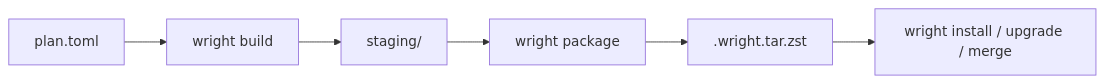
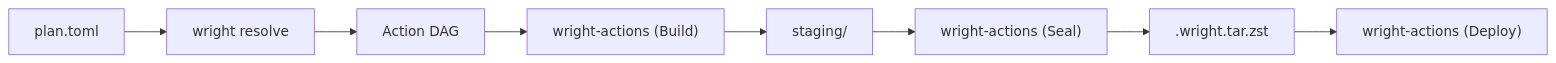
One commit to ming2k/wright changed the diagram in docs/explanation/architecture.md. Above: the diagram before and after it, drawn with Mermaid. The commit also changed other lines of this file and 244 other files, not shown here.

First line of the commit message:
feat(arch): implement Action DAG scheduler and domain-centric storage architecture (ADR-0048)

````diff
--- a/docs/explanation/architecture.md
+++ b/docs/explanation/architecture.md
@@ -18,8 +18,10 @@
 ```mermaid
 flowchart LR
-    Plan["plan.toml"] --> Build["wright build"]
+    Plan["plan.toml"] --> Resolve["wright resolve"]
+    Resolve --> ActionGraph["Action DAG"]
+    ActionGraph --> Build["wright-actions (Build)"]
     Build --> Staging["staging/"]
-    Staging --> Package["wright package"]
-    Package --> Archive[".wright.tar.zst"]
-    Archive --> System["wright install / upgrade / merge"]
+    Staging --> Seal["wright-actions (Seal)"]
+    Seal --> Archive[".wright.tar.zst"]
+    Archive --> Deploy["wright-actions (Deploy)"]
 ```
````
